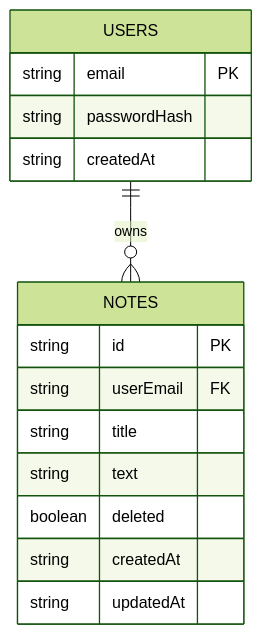
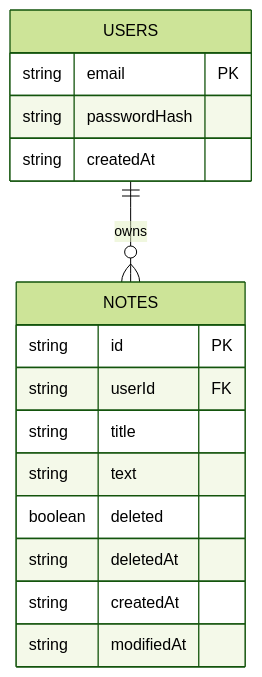
One commit to Jonasodiq/notes-api changed the fourth of 4 diagrams in README.md. Above: the diagram before and after it, drawn with Mermaid (forest theme). The commit also changed other lines of this file, not shown here.

````diff
--- a/README.md
+++ b/README.md
@@ -157,20 +167,21 @@
   ```mermaid
   erDiagram
     USERS {
       string email PK
       string passwordHash
       string createdAt
     }
 
     NOTES {
       string id PK
-      string userEmail FK
+      string userId FK
       string title
       string text
       boolean deleted
+      string deletedAt
       string createdAt
-      string updatedAt
+      string modifiedAt
     }
 
     USERS ||--o{ NOTES : owns
   ```
````
